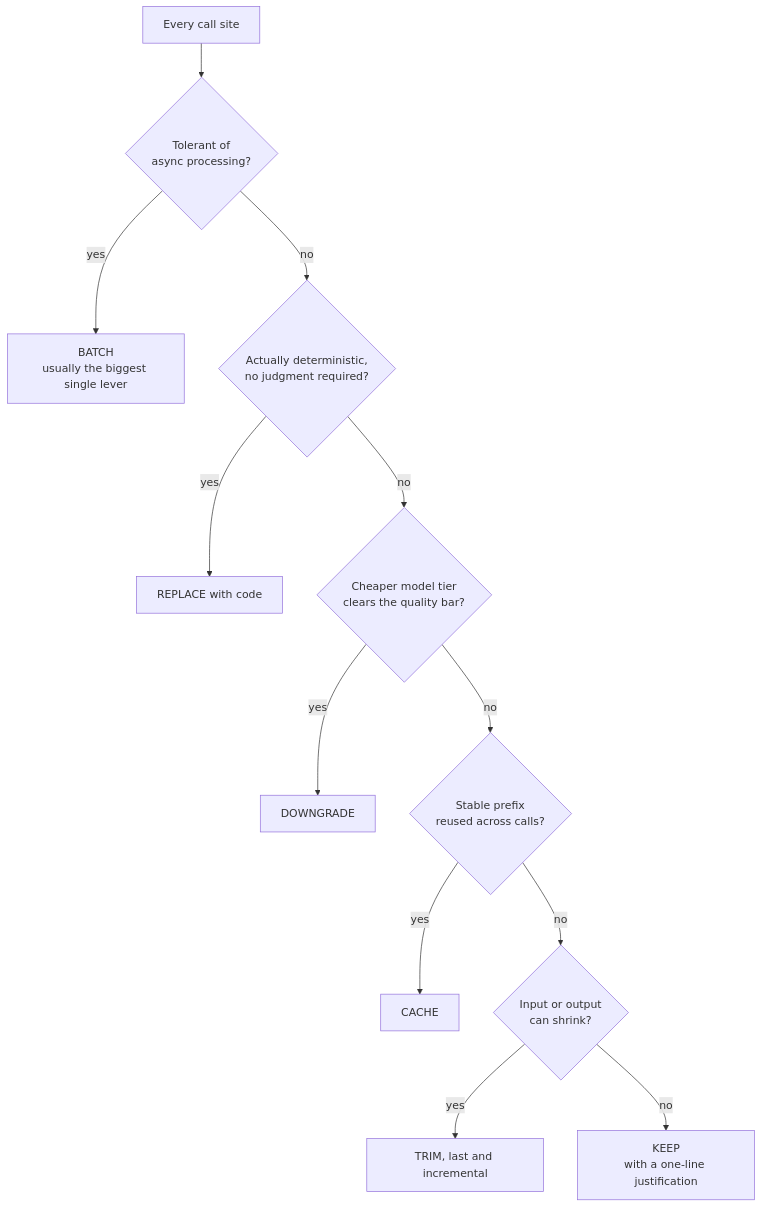
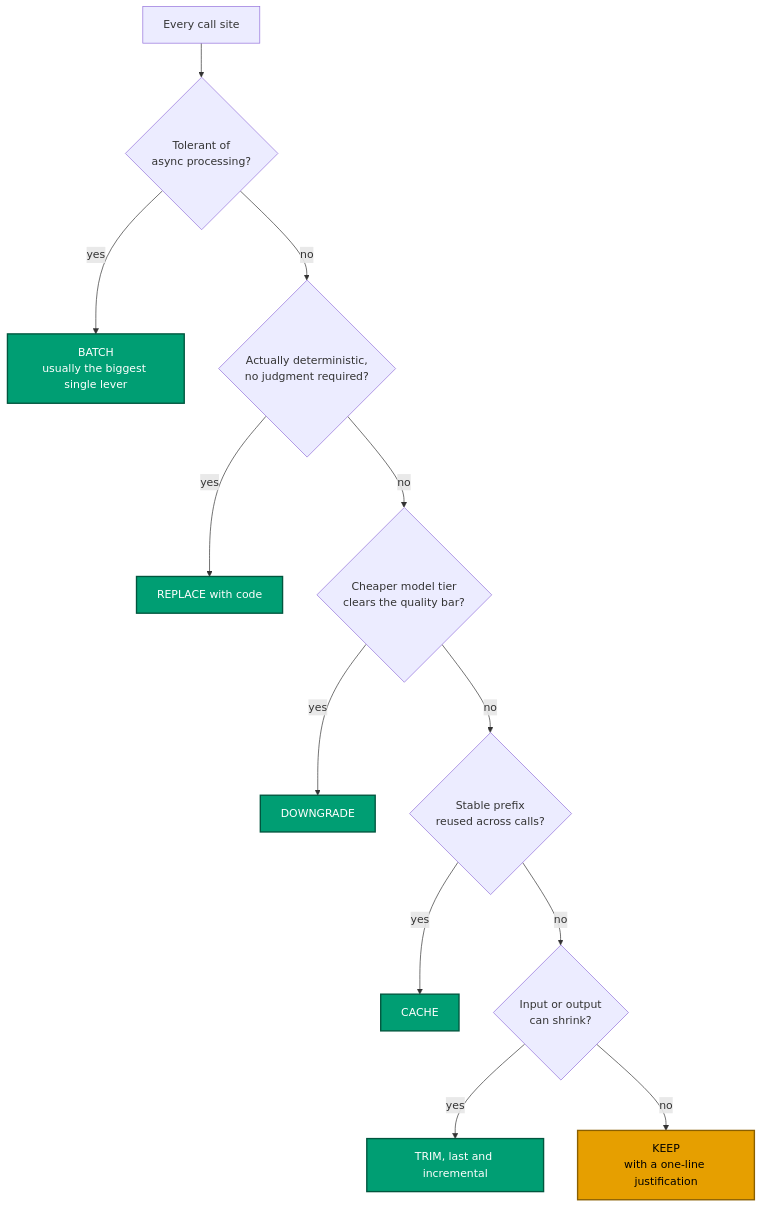
Before and after one commit to AdiMendelowitz/instrumented_skills: the diagram in token-aware/README.md, drawn with Mermaid. The commit also changed other lines of this file and 5 other files, not shown here.

````diff
--- a/token-aware/README.md
+++ b/token-aware/README.md
@@ -56,14 +66,19 @@
 ```mermaid
 flowchart TD
     Start[Every call site] --> Q1{Tolerant of<br/>async processing?}
     Q1 -->|yes| BATCH[BATCH<br/>usually the biggest single lever]
     Q1 -->|no| Q2{Actually deterministic,<br/>no judgment required?}
     Q2 -->|yes| REPLACE[REPLACE with code]
     Q2 -->|no| Q3{Cheaper model tier<br/>clears the quality bar?}
     Q3 -->|yes| DOWNGRADE[DOWNGRADE]
     Q3 -->|no| Q4{Stable prefix<br/>reused across calls?}
     Q4 -->|yes| CACHE[CACHE]
     Q4 -->|no| Q5{Input or output<br/>can shrink?}
     Q5 -->|yes| TRIM[TRIM, last and incremental]
     Q5 -->|no| KEEP[KEEP<br/>with a one-line justification]
+
+    classDef win fill:#009E73,stroke:#00563e,stroke-width:2px,color:#fff
+    classDef caveat fill:#E69F00,stroke:#8a5f00,stroke-width:2px,color:#000
+    class BATCH,REPLACE,DOWNGRADE,CACHE,TRIM win
+    class KEEP caveat
 ```
````
